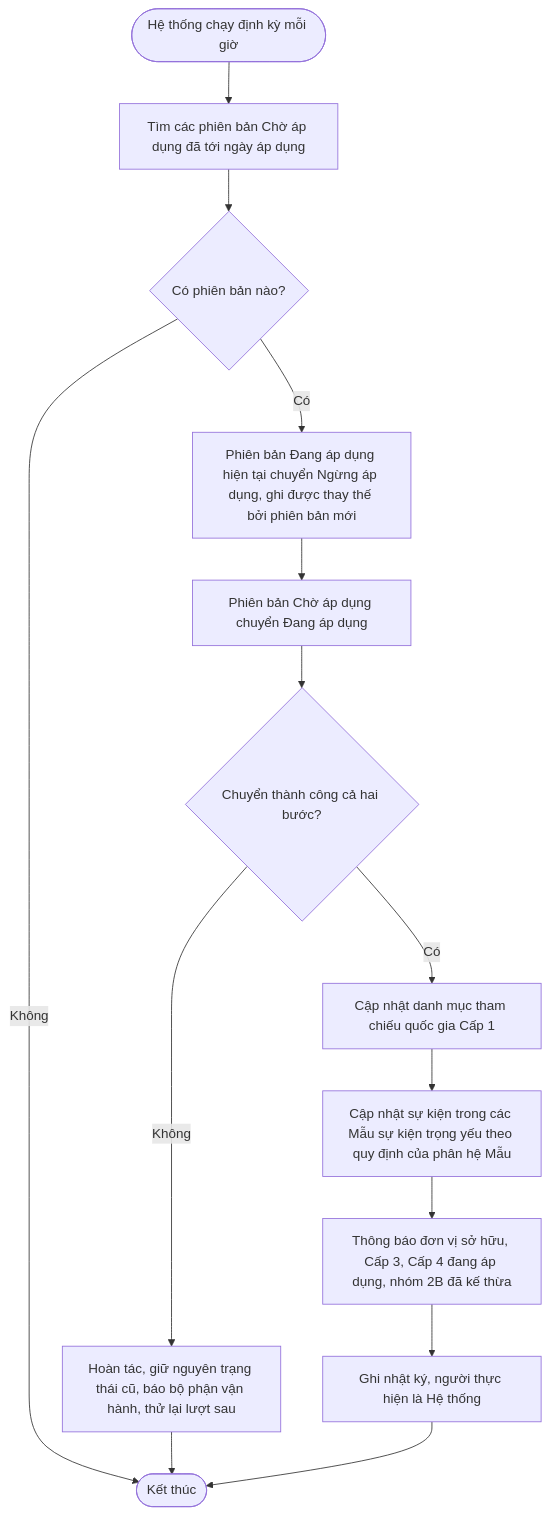
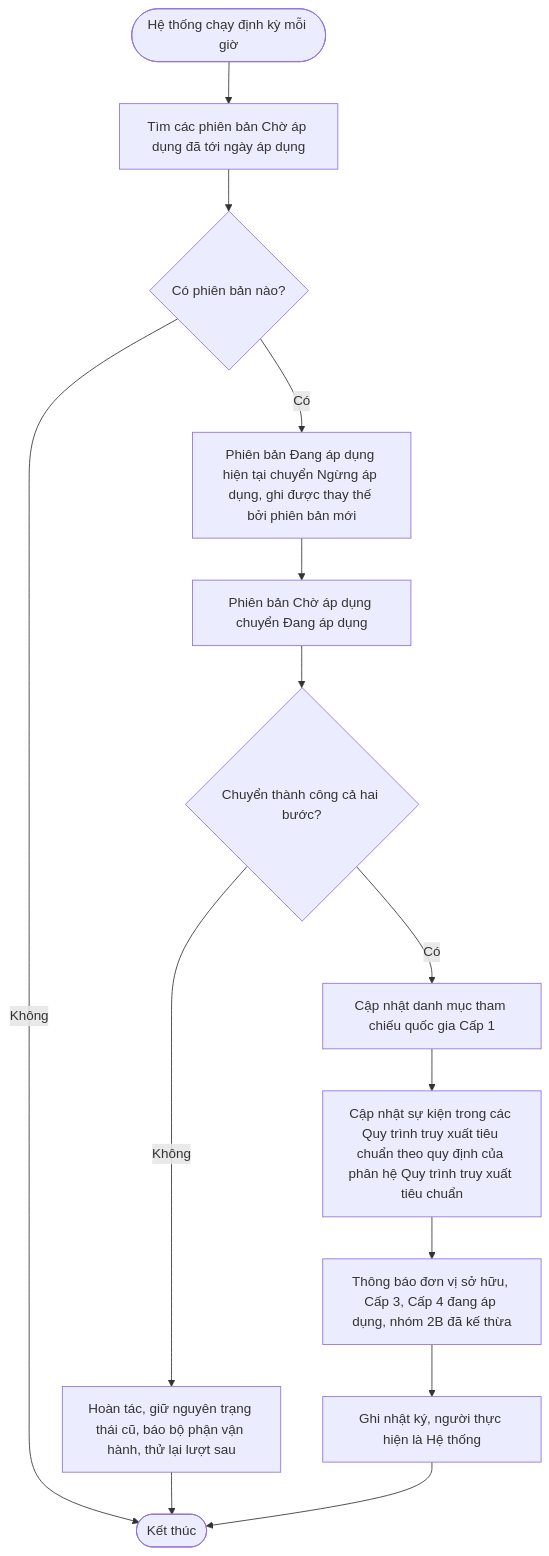
Diagram 13 of 17 in docs/prd/PRD-Xay-dung-Su-kien-trong-yeu.md (cuongnh-rd/ndatrace-attp), drawn with Mermaid before and after one commit. The commit also changed other lines of this file and 17 other files, not shown here.

First line of the commit message:
docs: đổi tên Mẫu sự kiện trọng yếu thành Quy trình truy xuất tiêu chuẩn theo Nghị định

````diff
--- a/docs/prd/PRD-Xay-dung-Su-kien-trong-yeu.md
+++ b/docs/prd/PRD-Xay-dung-Su-kien-trong-yeu.md
@@ -946,16 +946,16 @@
 ```mermaid
 flowchart TD
     A([Hệ thống chạy định kỳ mỗi giờ]) --> B[Tìm các phiên bản Chờ áp dụng đã tới ngày áp dụng]
     B --> C{Có phiên bản nào?}
     C -- Không --> Z([Kết thúc])
     C -- Có --> D[Phiên bản Đang áp dụng hiện tại chuyển Ngừng áp dụng, ghi được thay thế bởi phiên bản mới]
     D --> E[Phiên bản Chờ áp dụng chuyển Đang áp dụng]
     E --> F{Chuyển thành công cả hai bước?}
     F -- Không --> G[Hoàn tác, giữ nguyên trạng thái cũ, báo bộ phận vận hành, thử lại lượt sau]
     F -- Có --> H[Cập nhật danh mục tham chiếu quốc gia Cấp 1]
-    H --> I[Cập nhật sự kiện trong các Mẫu sự kiện trọng yếu theo quy định của phân hệ Mẫu]
+    H --> I[Cập nhật sự kiện trong các Quy trình truy xuất tiêu chuẩn theo quy định của phân hệ Quy trình truy xuất tiêu chuẩn]
     I --> J[Thông báo đơn vị sở hữu, Cấp 3, Cấp 4 đang áp dụng, nhóm 2B đã kế thừa]
     J --> K[Ghi nhật ký, người thực hiện là Hệ thống]
     G --> Z
     K --> Z
 ```
````
